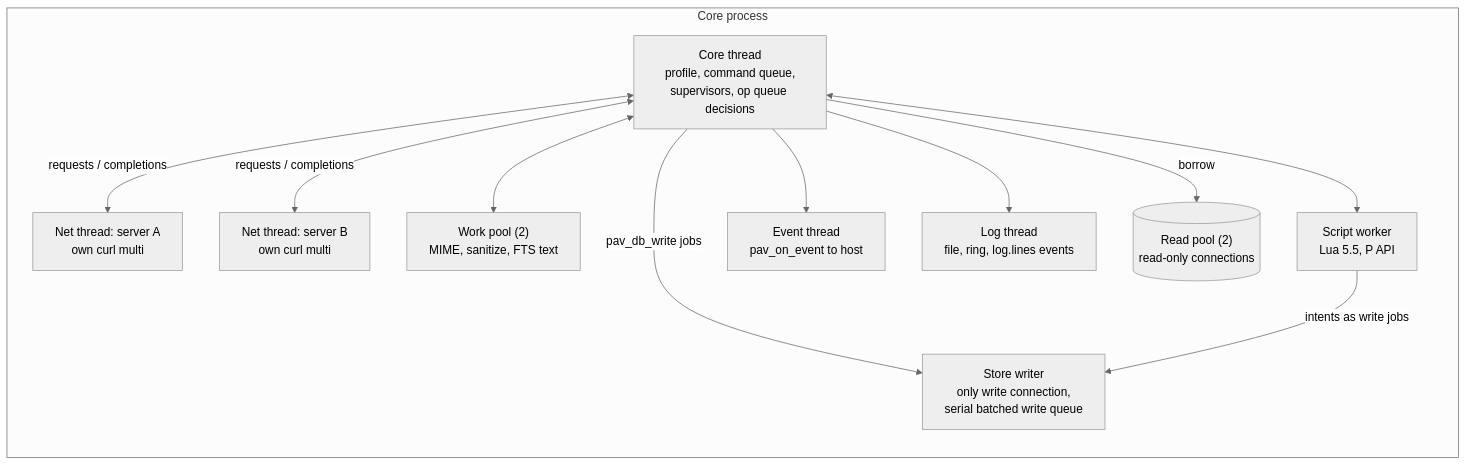
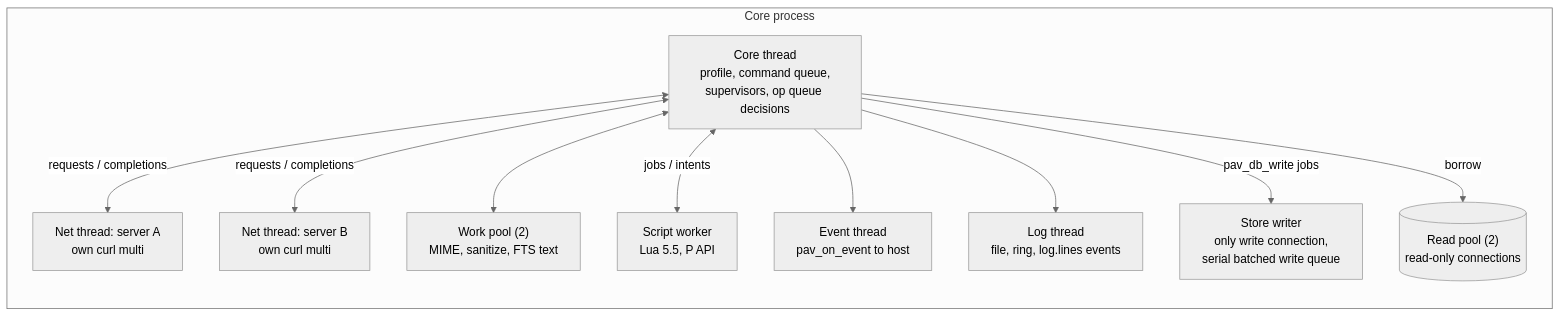
The second of 3 diagrams in docs/ARCHITECTURE.md (500Foods/Pavillion), drawn with Mermaid (neutral theme) before and after one commit. The commit also changed other lines of this file and 27 other files, not shown here.

````diff
--- a/docs/ARCHITECTURE.md
+++ b/docs/ARCHITECTURE.md
@@ -28,23 +28,22 @@
 ```mermaid
 flowchart LR
   subgraph Core process
     CT["Core thread<br/>profile, command queue,<br/>supervisors, op queue decisions"]
     SW["Store writer<br/>only write connection,<br/>serial batched write queue"]
     RP[("Read pool (2)<br/>read-only connections")]
     LT["Log thread<br/>file, ring, log.lines events"]
     N1["Net thread: server A<br/>own curl multi"]
     N2["Net thread: server B<br/>own curl multi"]
     WP["Work pool (2)<br/>MIME, sanitize, FTS text"]
     ST["Script worker<br/>Lua 5.5, P API"]
     EV["Event thread<br/>pav_on_event to host"]
   end
   CT <-->|requests / completions| N1
   CT <-->|requests / completions| N2
   CT <--> WP
-  CT <--> ST
+  CT <-->|jobs / intents| ST
   CT --> EV
   CT --> LT
   CT -->|pav_db_write jobs| SW
-  ST -->|intents as write jobs| SW
   CT -->|borrow| RP
 ```
````
